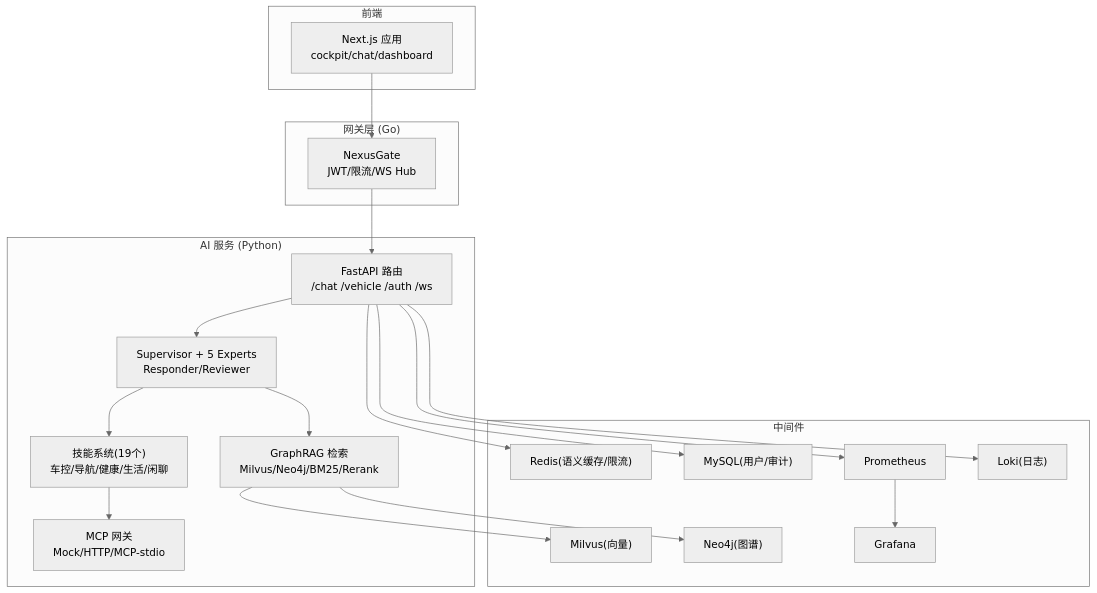
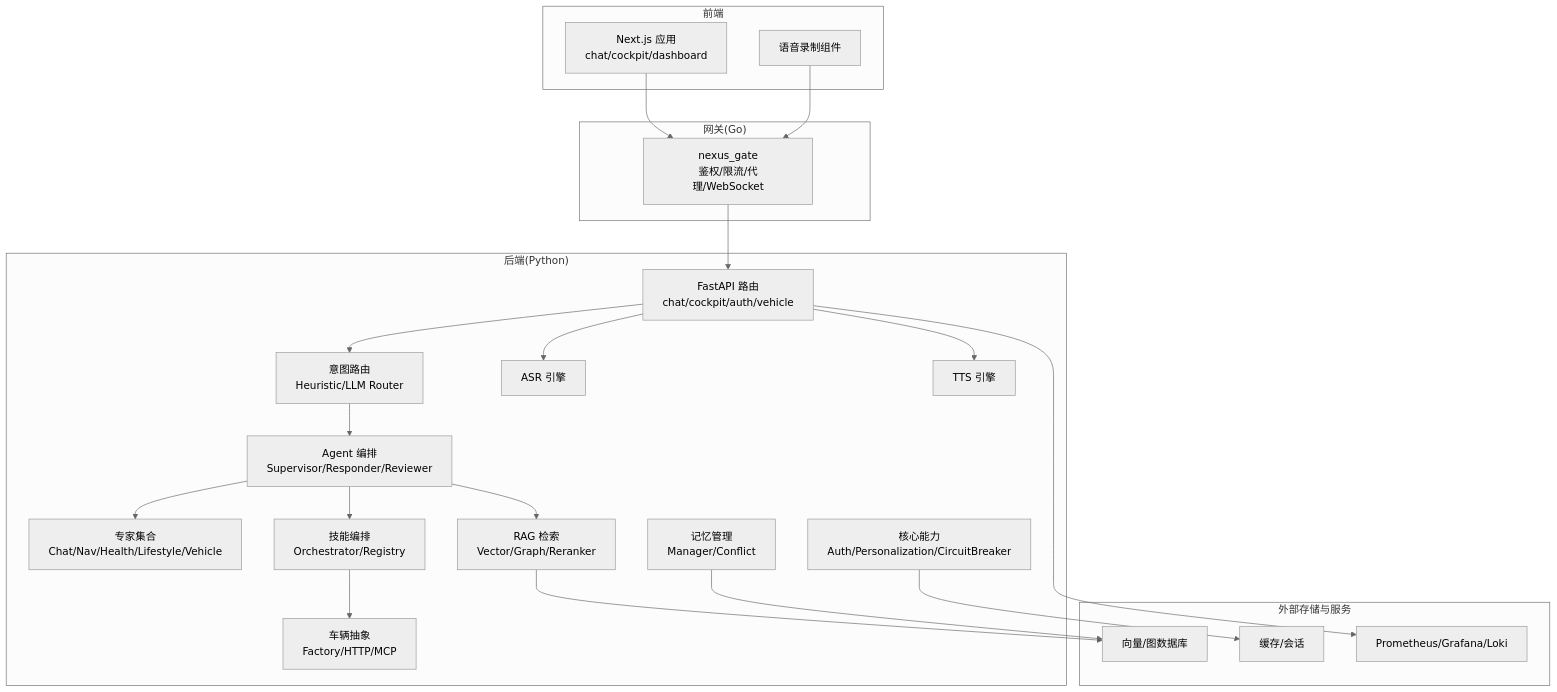
Before and after one commit to zmdhdu/NexusCockpit: the first of 11 diagrams in .qoder/repowiki/zh/content/项目概述/项目概述.md, drawn with Mermaid (neutral theme). The commit also changed other lines of this file and 535 other files, not shown here.

````diff
--- a/.qoder/repowiki/zh/content/项目概述/项目概述.md
+++ b/.qoder/repowiki/zh/content/项目概述/项目概述.md
@@ -51,38 +82,43 @@
 ```mermaid
 graph TB
 subgraph "前端"
-FE["Next.js 应用<br/>cockpit/chat/dashboard"]
+FE["Next.js 应用<br/>chat/cockpit/dashboard"]
+VR["语音录制组件"]
 end
-subgraph "网关层 (Go)"
-Gate["NexusGate<br/>JWT/限流/WS Hub"]
+subgraph "网关(Go)"
+GW["nexus_gate<br/>鉴权/限流/代理/WebSocket"]
 end
-subgraph "AI 服务 (Python)"
-API["FastAPI 路由<br/>/chat /vehicle /auth /ws"]
-Agent["Supervisor + 5 Experts<br/>Responder/Reviewer"]
-RAG["GraphRAG 检索<br/>Milvus/Neo4j/BM25/Rerank"]
-Skills["技能系统(19个)<br/>车控/导航/健康/生活/闲聊"]
-MCP["MCP 网关<br/>Mock/HTTP/MCP-stdio"]
+subgraph "后端(Python)"
+API["FastAPI 路由<br/>chat/cockpit/auth/vehicle"]
+AG["Agent 编排<br/>Supervisor/Responder/Reviewer"]
+EXP["专家集合<br/>Chat/Nav/Health/Lifestyle/Vehicle"]
+INTENT["意图路由<br/>Heuristic/LLM Router"]
+RAG["RAG 检索<br/>Vector/Graph/Reranker"]
+SKILL["技能编排<br/>Orchestrator/Registry"]
+VEH["车辆抽象<br/>Factory/HTTP/MCP"]
+ASR["ASR 引擎"]
+TTS["TTS 引擎"]
+MEM["记忆管理<br/>Manager/Conflict"]
+CORE["核心能力<br/>Auth/Personalization/CircuitBreaker"]
 end
-subgraph "中间件"
-Redis["Redis(语义缓存/限流)"]
-MySQL["MySQL(用户/审计)"]
-Milvus["Milvus(向量)"]
-Neo4j["Neo4j(图谱)"]
-Prom["Prometheus"]
-Graf["Grafana"]
-Loki["Loki(日志)"]
+subgraph "外部存储与服务"
+DB["向量/图数据库"]
+CACHE["缓存/会话"]
+OBS["Prometheus/Grafana/Loki"]
 end
-FE --> Gate
-Gate --> API
-API --> Agent
-Agent --> Skills
-Agent --> RAG
-Skills --> MCP
-RAG --> Milvus
-RAG --> Neo4j
-API --> Redis
-API --> MySQL
-API --> Prom
-Prom --> Graf
-API --> Loki
+FE --> GW
+VR --> GW
+GW --> API
+API --> INTENT
+INTENT --> AG
+AG --> EXP
+AG --> RAG
+AG --> SKILL
+SKILL --> VEH
+RAG --> DB
+MEM --> DB
+CORE --> CACHE
+API --> ASR
+API --> TTS
+API --> OBS
 ```
````
